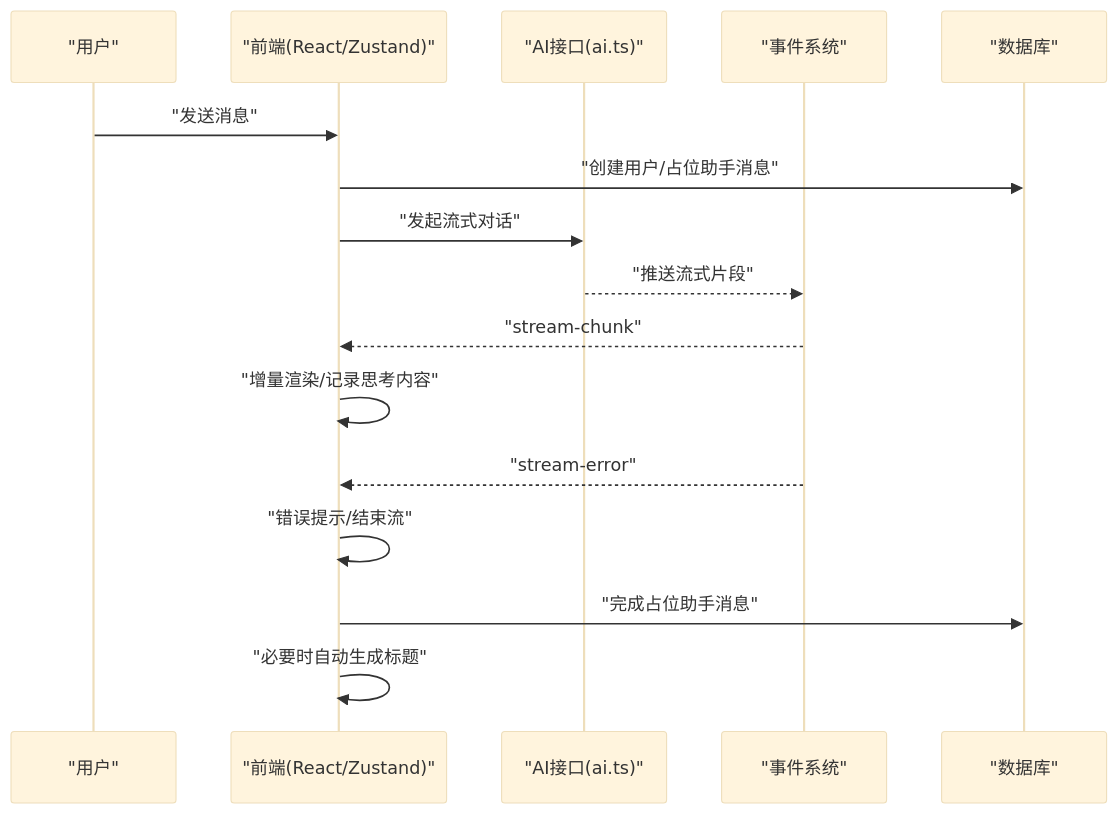
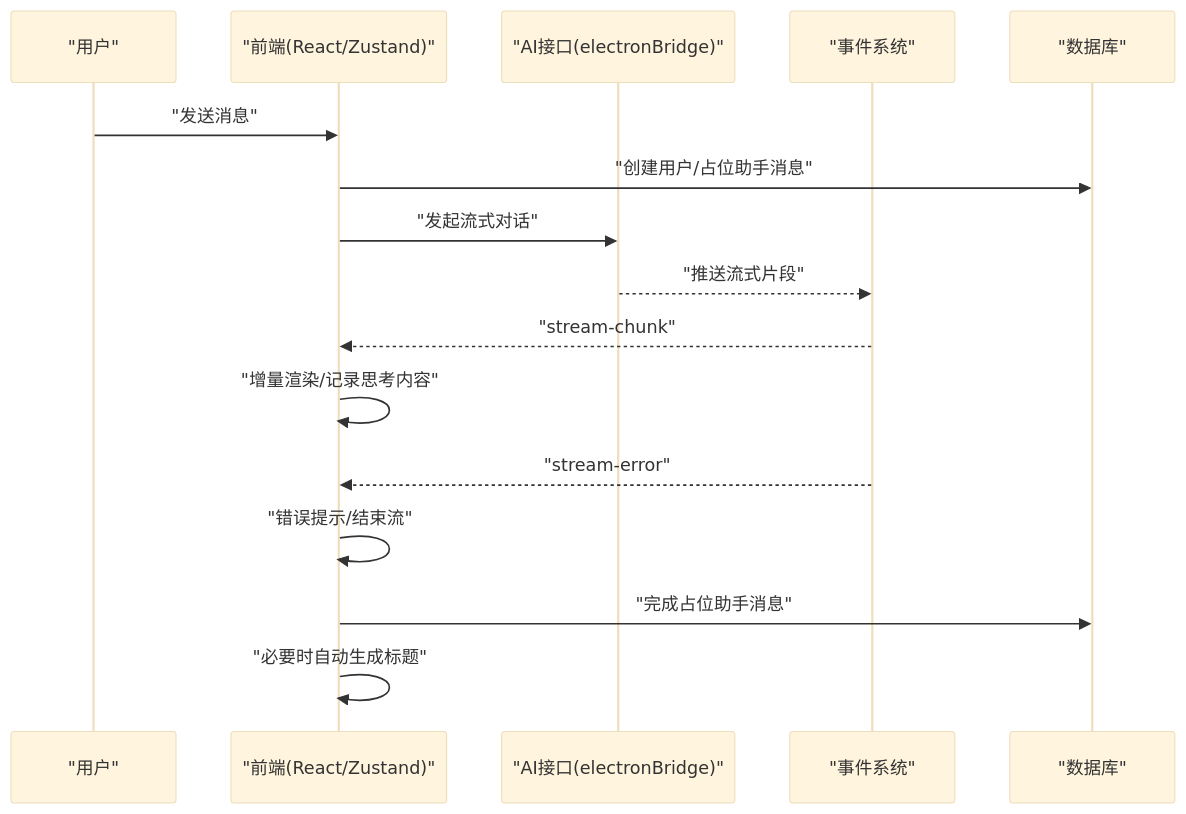
Before and after one commit to baike08/cosurf: the third of 9 diagrams in .qoder/repowiki/zh/content/架构设计/技术栈.md, drawn with Mermaid (base theme). The commit also changed other lines of this file and 15 other files, not shown here.

````diff
--- a/.qoder/repowiki/zh/content/架构设计/技术栈.md
+++ b/.qoder/repowiki/zh/content/架构设计/技术栈.md
@@ -158,18 +178,18 @@
 ```mermaid
 sequenceDiagram
 participant U as "用户"
 participant FE as "前端(React/Zustand)"
-participant API as "AI接口(ai.ts)"
+participant API as "AI接口(electronBridge)"
 participant EVT as "事件系统"
 participant DB as "数据库"
 U->>FE : "发送消息"
 FE->>DB : "创建用户/占位助手消息"
 FE->>API : "发起流式对话"
 API-->>EVT : "推送流式片段"
 EVT-->>FE : "stream-chunk"
 FE->>FE : "增量渲染/记录思考内容"
 EVT-->>FE : "stream-error"
 FE->>FE : "错误提示/结束流"
 FE->>DB : "完成占位助手消息"
 FE->>FE : "必要时自动生成标题"
 ```
````
